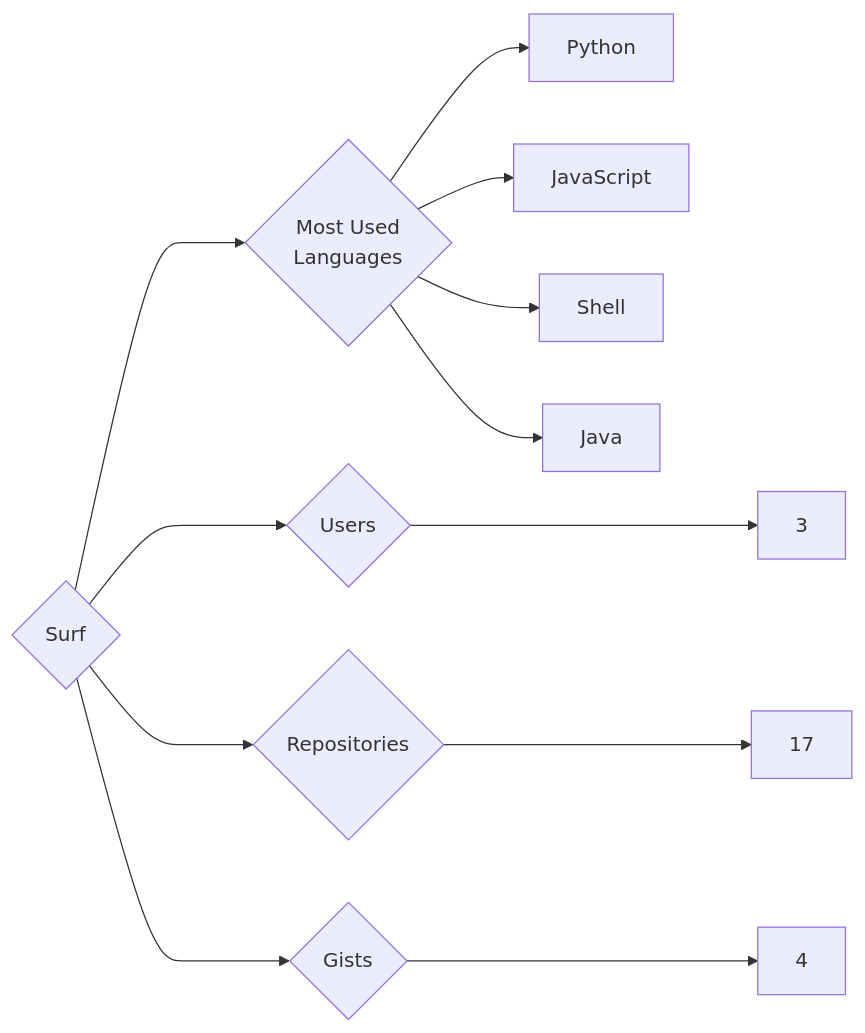
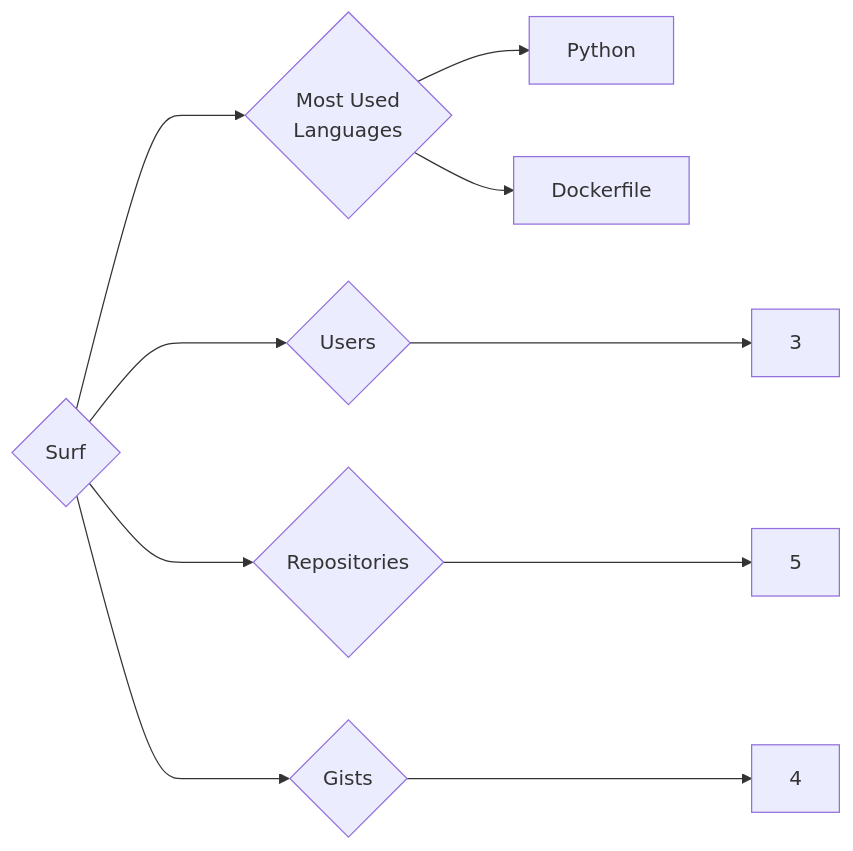
The diagram in targets/Surf/README.md (trickest/insiders), drawn with Mermaid before and after one commit. The commit also changed 681 other files, not shown here.

````diff
--- a/targets/Surf/README.md
+++ b/targets/Surf/README.md
@@ -3,12 +3,10 @@
 ```mermaid
 graph LR
 COMPANY_NAME{Surf}
 COMPANY_NAME ---> U{Users} ---> UN[3]
-COMPANY_NAME ---> R{Repositories} ---> RN[17]
+COMPANY_NAME ---> R{Repositories} ---> RN[5]
 COMPANY_NAME ---> G{Gists} ---> GN[4]
 COMPANY_NAME ---> ML{Most Used<br>Languages}
 ML --> Python[Python]
-ML --> JavaScript[JavaScript]
-ML --> Shell[Shell]
-ML --> Java[Java]
+ML --> Dockerfile[Dockerfile]
 ```
````
